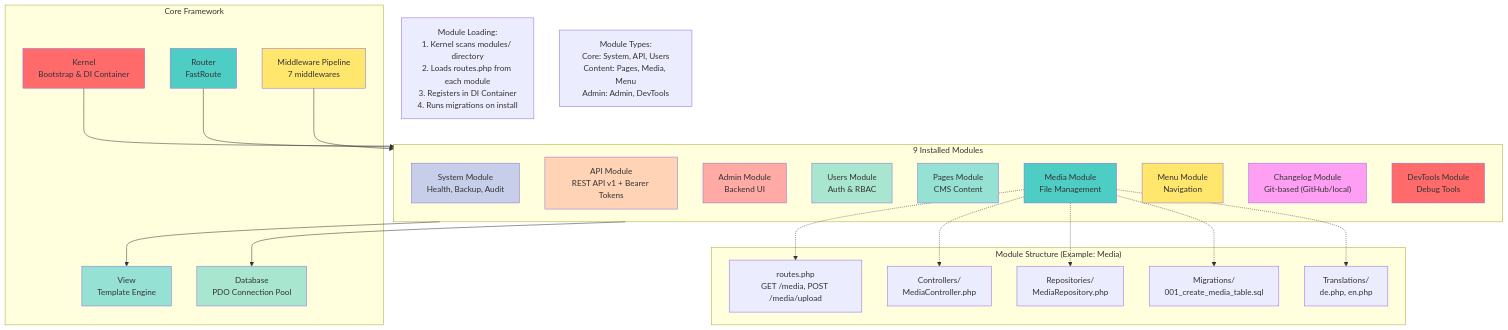
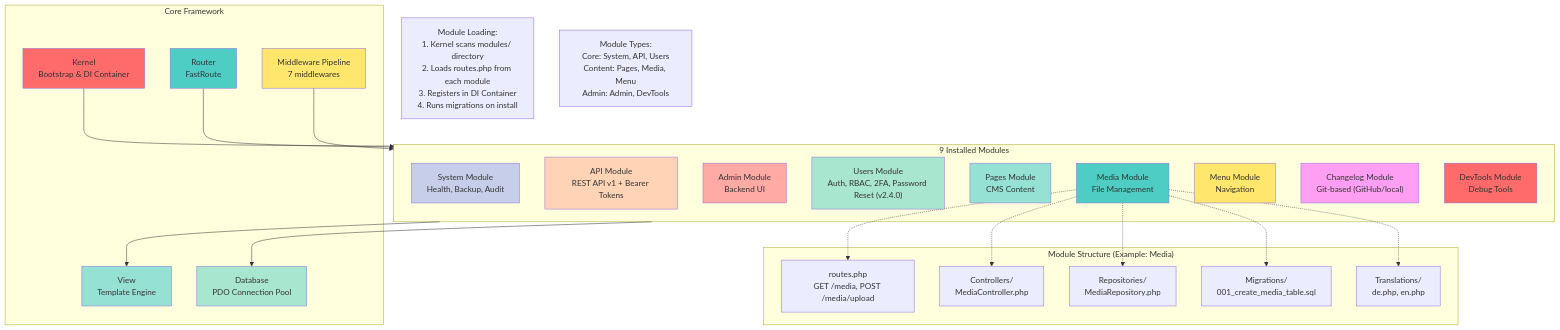
One commit to SLAED-CMS/LAAS changed the diagram in docs/diagrams/module-structure.mmd. Above: the diagram before and after it, drawn with Mermaid. The commit also changed 49 other files, not shown here.

```diff
--- a/docs/diagrams/module-structure.mmd
+++ b/docs/diagrams/module-structure.mmd
@@ -1,66 +1,67 @@
 graph TD
-    %% LAAS CMS v2.3.28 - Module Architecture
+    %% LAAS CMS v2.4.0 - Module Architecture
     %% 9 modules: System, API, Admin, Users, Pages, Media, Menu, Changelog, DevTools
     %% Loading: Kernel scans modules/ -> reads config/modules.php -> includes routes.php
     %% Types: Core (required), Content (can disable), Admin (dev-only)
-    %% Version: v2.3.28 (2026-01-05)
+    %% Security: 2FA/TOTP, Password Reset, Session Timeout (v2.4.0)
+    %% Version: v2.4.0 (2026-01-07)
 
     subgraph Core["Core Framework"]
         Kernel["Kernel<br/>Bootstrap & DI Container"]
         Router["Router<br/>FastRoute"]
         Middleware["Middleware Pipeline<br/>7 middlewares"]
         View["View<br/>Template Engine"]
         DB["Database<br/>PDO Connection Pool"]
     end
 
     subgraph Modules["9 Installed Modules"]
         System["System Module<br/>Health, Backup, Audit"]
         API["API Module<br/>REST API v1 + Bearer Tokens"]
         Admin["Admin Module<br/>Backend UI"]
-        Users["Users Module<br/>Auth & RBAC"]
+        Users["Users Module<br/>Auth, RBAC, 2FA, Password Reset (v2.4.0)"]
         Pages["Pages Module<br/>CMS Content"]
         Media["Media Module<br/>File Management"]
         Menu["Menu Module<br/>Navigation"]
         Changelog["Changelog Module<br/>Git-based (GitHub/local)"]
         DevTools["DevTools Module<br/>Debug Tools"]
     end
 
     subgraph ModuleStructure["Module Structure (Example: Media)"]
         Routes["routes.php<br/>GET /media, POST /media/upload"]
         Controllers["Controllers/<br/>MediaController.php"]
         Repos["Repositories/<br/>MediaRepository.php"]
         Migrations["Migrations/<br/>001_create_media_table.sql"]
         Translations["Translations/<br/>de.php, en.php"]
     end
 
     Kernel --> Modules
     Router --> Modules
     Middleware --> Modules
     Modules --> DB
     Modules --> View
 
     Media -.-> Routes
     Media -.-> Controllers
     Media -.-> Repos
     Media -.-> Migrations
     Media -.-> Translations
 
     style Kernel fill:#ff6b6b
     style Router fill:#4ecdc4
     style Middleware fill:#ffe66d
     style View fill:#95e1d3
     style DB fill:#a8e6cf
 
     style System fill:#c7ceea
     style API fill:#ffd3b6
     style Admin fill:#ffaaa5
     style Users fill:#a8e6cf
     style Pages fill:#95e1d3
     style Media fill:#4ecdc4
     style Menu fill:#ffe66d
     style Changelog fill:#ff9ff3
     style DevTools fill:#ff6b6b
 
     %% Notes
     Note1["Module Loading:<br/>1. Kernel scans modules/ directory<br/>2. Loads routes.php from each module<br/>3. Registers in DI Container<br/>4. Runs migrations on install"]
     Note2["Module Types:<br/>Core: System, API, Users<br/>Content: Pages, Media, Menu<br/>Admin: Admin, DevTools"]
```
